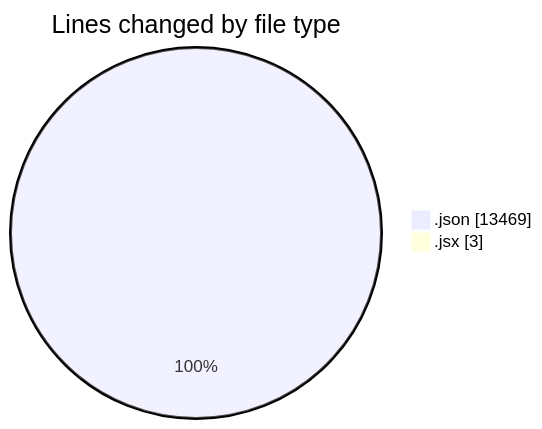
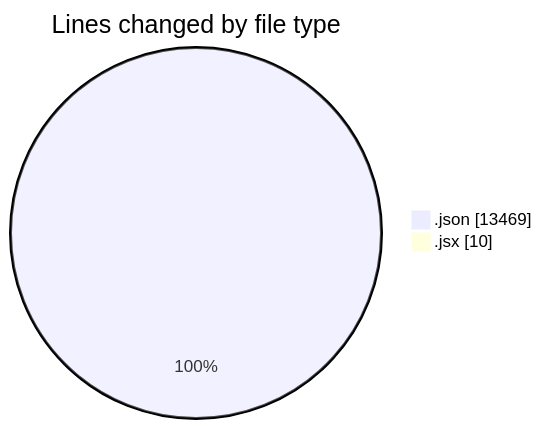
Before and after one commit to nxtqubesakshisongat/code-tracking: the first of 2 diagrams in 2025-10-30/nxtqube_webapp/README.md, drawn with Mermaid. The commit also changed other lines of this file and 1 other file, not shown here.

````diff
--- a/2025-10-30/nxtqube_webapp/README.md
+++ b/2025-10-30/nxtqube_webapp/README.md
@@ -21,6 +21,6 @@
 ```mermaid
 pie showData
 title Lines changed by file type
 ".json" : 13469
-".jsx" : 3
+".jsx" : 10
 ```
````
